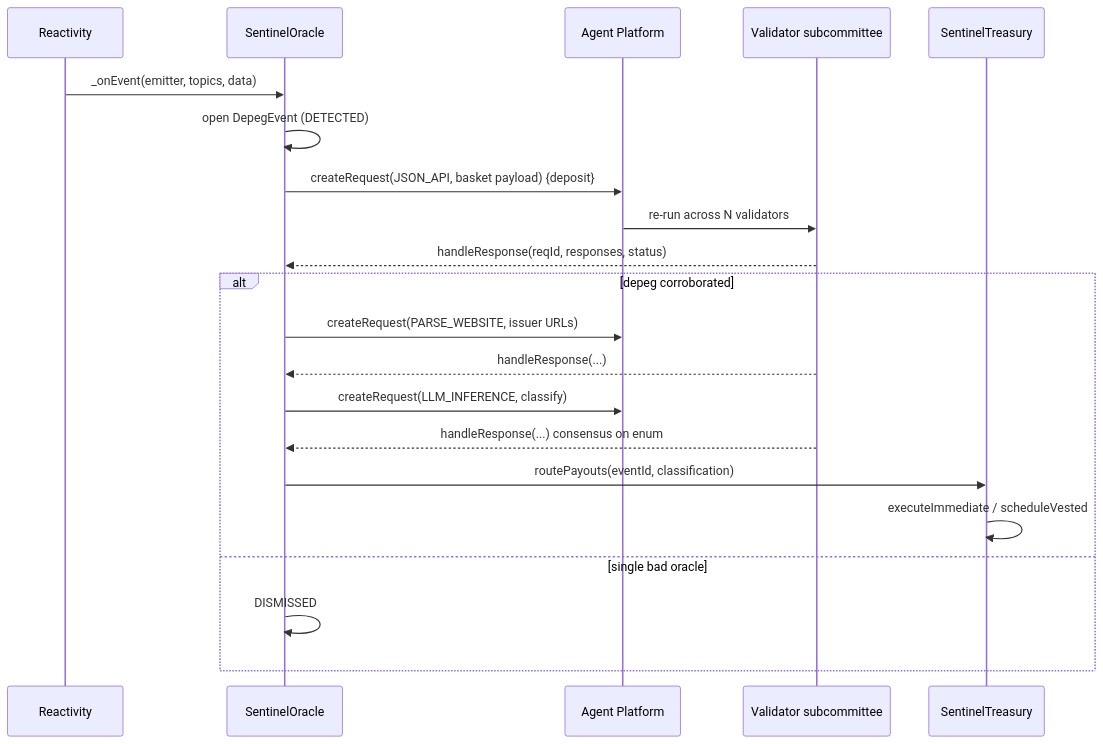
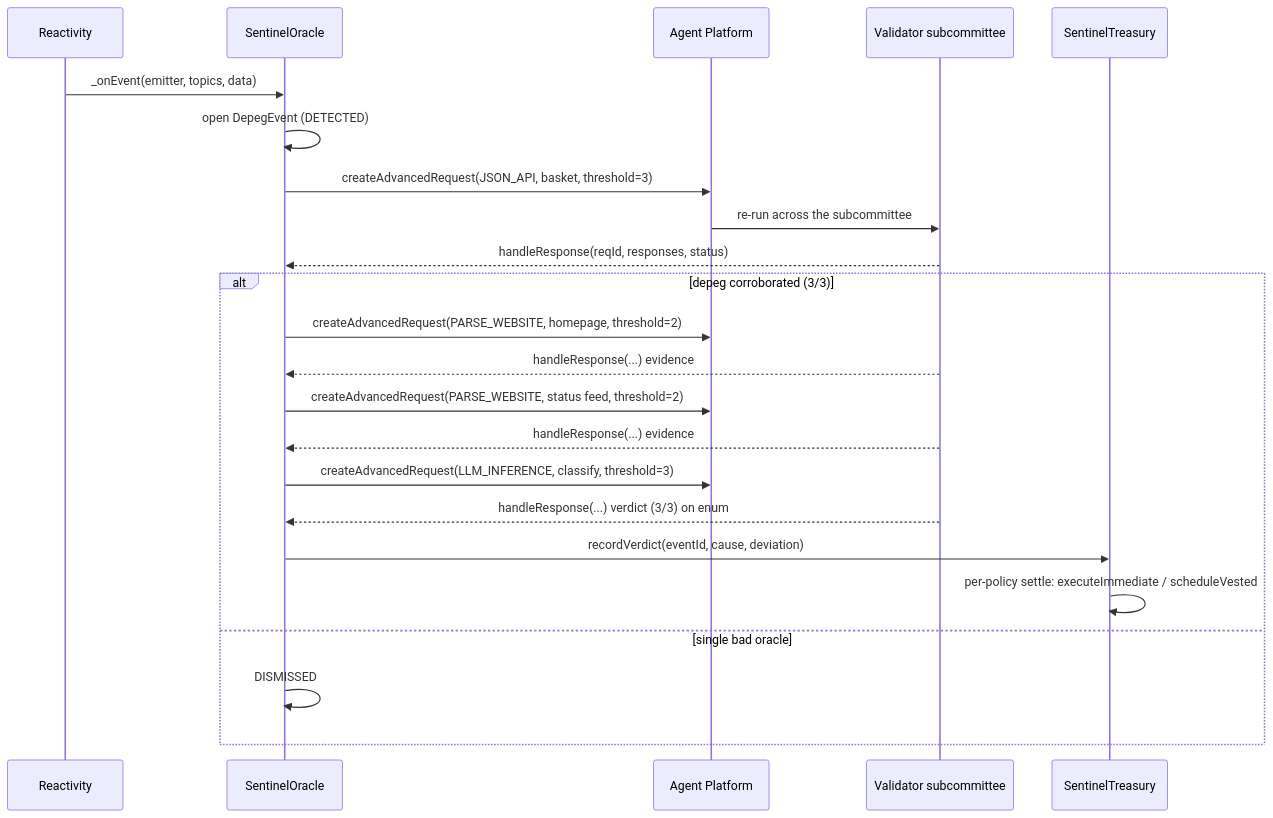
Before and after one commit to Manuel-dev01/Sentinel: the third of 3 diagrams in docs/ARCHITECTURE.md, drawn with Mermaid. The commit also changed other lines of this file and 7 other files, not shown here.

Commit message:
Refactor architecture documentation and demo script; enhance agent orchestration details and consensus mechanisms. Update audit page to reflect validator agreement metrics. Remove unused favicon and add new icon asset. Introduce presentation-deck prompt for generating pitch materials.

````diff
--- a/docs/ARCHITECTURE.md
+++ b/docs/ARCHITECTURE.md
@@ -73,24 +81,26 @@
 ```mermaid
 sequenceDiagram
     participant RX as Reactivity
     participant ORC as SentinelOracle
     participant PLAT as Agent Platform
     participant SUB as Validator subcommittee
     participant TRE as SentinelTreasury
 
     RX->>ORC: _onEvent(emitter, topics, data)
     ORC->>ORC: open DepegEvent (DETECTED)
-    ORC->>PLAT: createRequest(JSON_API, basket payload) {deposit}
-    PLAT->>SUB: re-run across N validators
+    ORC->>PLAT: createAdvancedRequest(JSON_API, basket, threshold=3)
+    PLAT->>SUB: re-run across the subcommittee
     SUB-->>ORC: handleResponse(reqId, responses, status)
-    alt depeg corroborated
-        ORC->>PLAT: createRequest(PARSE_WEBSITE, issuer URLs)
-        SUB-->>ORC: handleResponse(...)
-        ORC->>PLAT: createRequest(LLM_INFERENCE, classify)
-        SUB-->>ORC: handleResponse(...) consensus on enum
-        ORC->>TRE: routePayouts(eventId, classification)
-        TRE->>TRE: executeImmediate / scheduleVested
+    alt depeg corroborated (3/3)
+        ORC->>PLAT: createAdvancedRequest(PARSE_WEBSITE, homepage, threshold=2)
+        SUB-->>ORC: handleResponse(...)  evidence #1
+        ORC->>PLAT: createAdvancedRequest(PARSE_WEBSITE, status feed, threshold=2)
+        SUB-->>ORC: handleResponse(...)  evidence #2
+        ORC->>PLAT: createAdvancedRequest(LLM_INFERENCE, classify, threshold=3)
+        SUB-->>ORC: handleResponse(...)  verdict (3/3) on enum
+        ORC->>TRE: recordVerdict(eventId, cause, deviation)
+        TRE->>TRE: per-policy settle: executeImmediate / scheduleVested
     else single bad oracle
         ORC->>ORC: DISMISSED
     end
 ```
````
